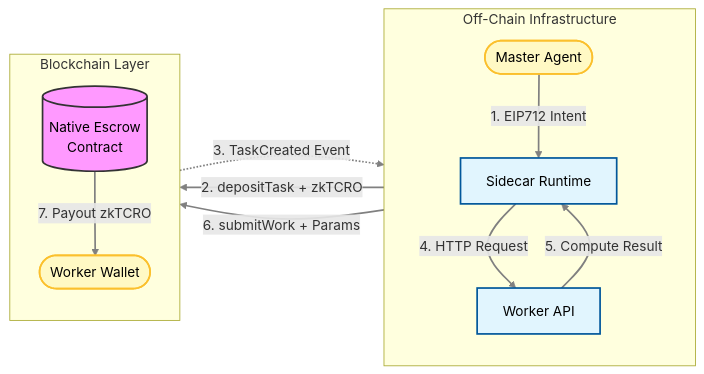
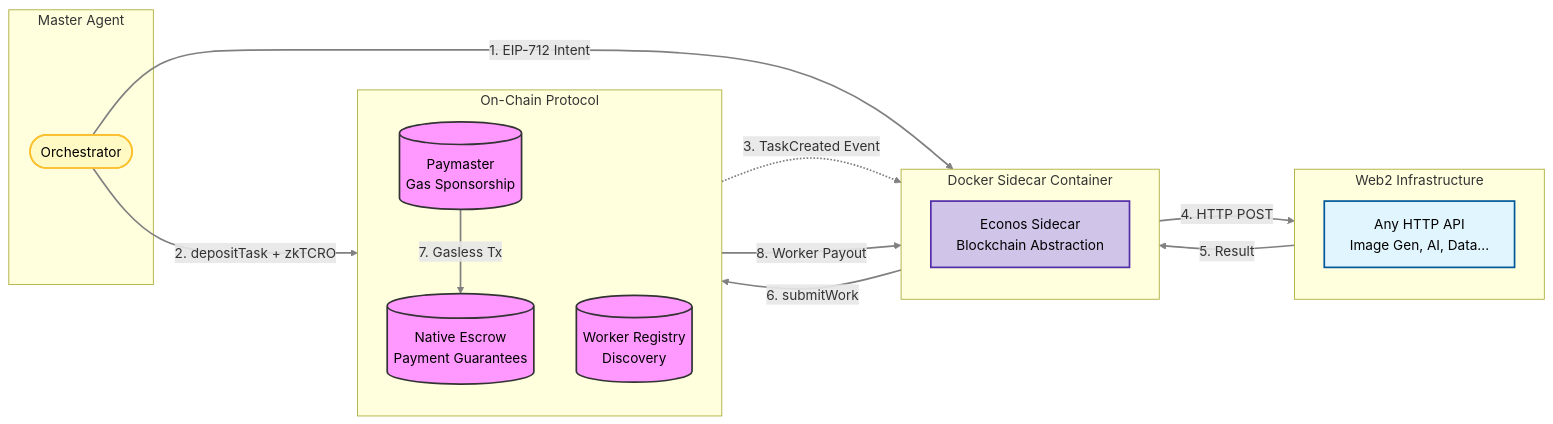
The first of 2 diagrams in README.md (YashIIT0909/Econos), drawn with Mermaid before and after one commit. The commit also changed other lines of this file, not shown here.

````diff
--- a/README.md
+++ b/README.md
@@ -53,36 +60,45 @@
 ```mermaid
 flowchart LR
     %% Styles
     classDef contract fill:#f9f,stroke:#333,stroke-width:2px,color:black;
     classDef offchain fill:#e1f5fe,stroke:#01579b,stroke-width:2px,color:black;
     classDef actor fill:#fff9c4,stroke:#fbc02d,stroke-width:2px,color:black;
+    classDef docker fill:#d1c4e9,stroke:#512da8,stroke-width:2px,color:black;
 
-    subgraph OffChain [Off-Chain Infrastructure]
+    subgraph Web2 [Web2 Infrastructure]
         direction TB
-        MA([Master Agent]):::actor
-        SA[Sidecar Runtime]:::offchain
-        WA[Worker API]:::offchain
+        API[Any HTTP API<br/>Image Gen, AI, Data...]:::offchain
     end
 
-    subgraph OnChain [Blockchain Layer]
+    subgraph Sidecar [Docker Sidecar Container]
         direction TB
-        ESC[("Native Escrow<br/>Contract")]:::contract
-        WW([Worker Wallet]):::actor
+        SC[Econos Sidecar<br/>Blockchain Abstraction]:::docker
+    end
+
+    subgraph Blockchain [On-Chain Protocol]
+        direction TB
+        ESC[(Native Escrow<br/>Payment Guarantees)]:::contract
+        PM[(Paymaster<br/>Gas Sponsorship)]:::contract
+        REG[(Worker Registry<br/>Discovery)]:::contract
+    end
+
+    subgraph Agent [Master Agent]
+        MA([Orchestrator]):::actor
     end
 
     %% Flow
-    MA -->|1. EIP712 Intent| SA
+    MA -->|1. EIP-712 Intent| SC
     MA -->|2. depositTask + zkTCRO| ESC
     
-    ESC -.->|3. TaskCreated Event| SA
+    ESC -.->|3. TaskCreated Event| SC
     
-    SA -->|4. HTTP Request| WA
-    WA -->|5. Compute Result| SA
+    SC -->|4. HTTP POST| API
+    API -->|5. Result| SC
     
-    SA -->|6. submitWork + Params| ESC
-    
-    ESC -->|7. Payout zkTCRO| WW
+    SC -->|6. submitWork| PM
+    PM -->|7. Gasless Tx| ESC
+    ESC -->|8. Worker Payout| SC
 
     %% Link Styling
     linkStyle default stroke-width:2px,fill:none,stroke:gray;
 ```
````
